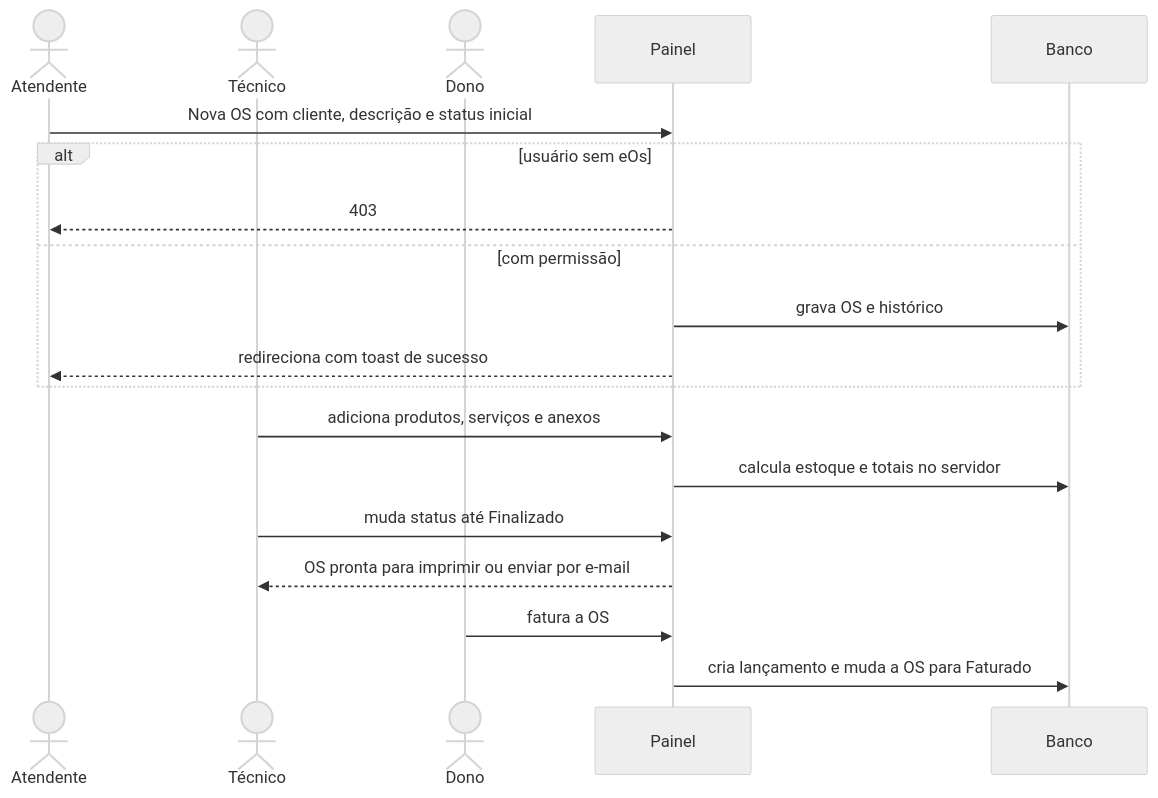
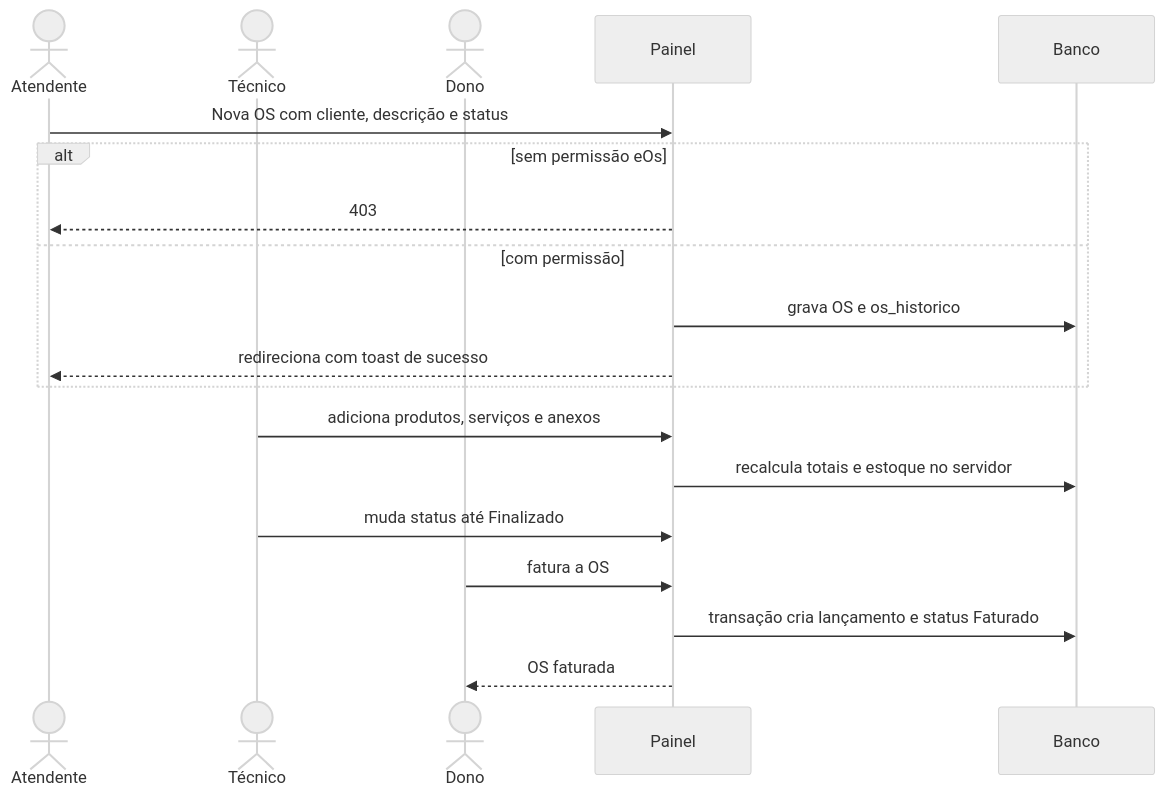
Before and after one commit to s1k3ira/mapos: the first of 4 diagrams in .n45/docs/diagrams/flows.md, drawn with Mermaid. The commit also changed other lines of this file and 52 other files, not shown here.

Commit message:
chore(n45): roadmap feat-0001-melhoria-seguranca encerrado e arquivado

````diff
--- a/.n45/docs/diagrams/flows.md
+++ b/.n45/docs/diagrams/flows.md
@@ -9,22 +9,22 @@
 ```mermaid
 %%{init: {'theme': 'neutral'} }%%
 sequenceDiagram
-  actor At as Atendente
-  actor Tec as Técnico
-  actor Dono as Dono
+  actor A as Atendente
+  actor T as Técnico
+  actor D as Dono
   participant P as Painel
   participant DB as Banco
-  At->>P: Nova OS com cliente, descrição e status inicial
-  alt usuário sem eOs
-    P-->>At: 403
+  A->>P: Nova OS com cliente, descrição e status
+  alt sem permissão eOs
+    P-->>A: 403
   else com permissão
-    P->>DB: grava OS e histórico
-    P-->>At: redireciona com toast de sucesso
+    P->>DB: grava OS e os_historico
+    P-->>A: redireciona com toast de sucesso
   end
-  Tec->>P: adiciona produtos, serviços e anexos
-  P->>DB: calcula estoque e totais no servidor
-  Tec->>P: muda status até Finalizado
-  P-->>Tec: OS pronta para imprimir ou enviar por e-mail
-  Dono->>P: fatura a OS
-  P->>DB: cria lançamento e muda a OS para Faturado
+  T->>P: adiciona produtos, serviços e anexos
+  P->>DB: recalcula totais e estoque no servidor
+  T->>P: muda status até Finalizado
+  D->>P: fatura a OS
+  P->>DB: transação cria lançamento e status Faturado
+  P-->>D: OS faturada
 ```
````
